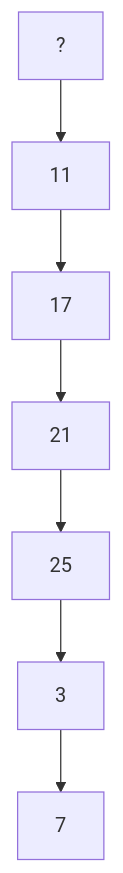
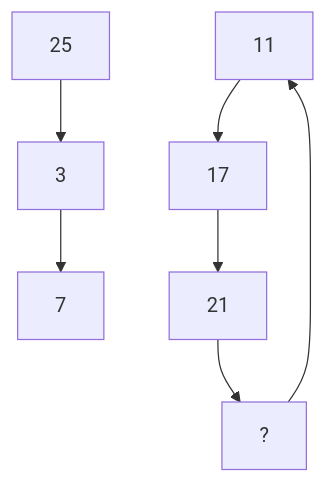
Before and after one commit to Amiyahvbest/Guessing.md: the diagram in Guessing.md, drawn with Mermaid.

Commit message:
Guessing.md

````diff
--- a/Guessing.md
+++ b/Guessing.md
@@ -1,9 +1,9 @@
 ```mermaid
 flowchart TD;
 3-->7
 ?-->11
 11-->17
 17-->21
-21-->25
+21-->?
 25-->3
 ```
````
